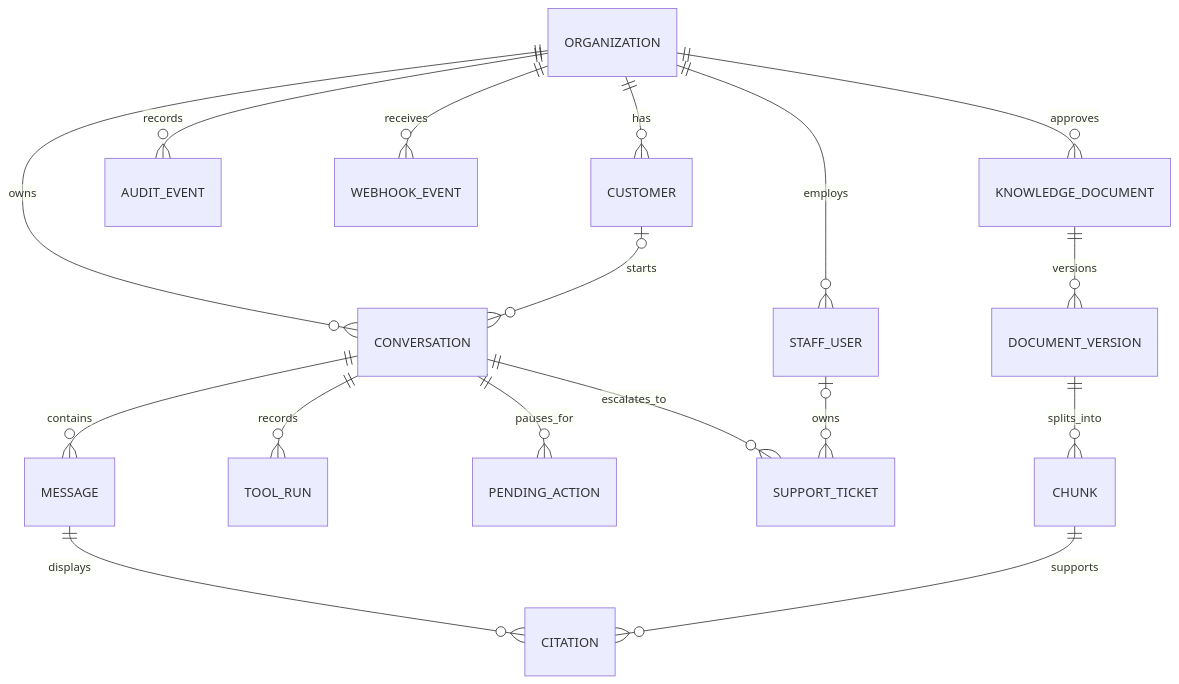
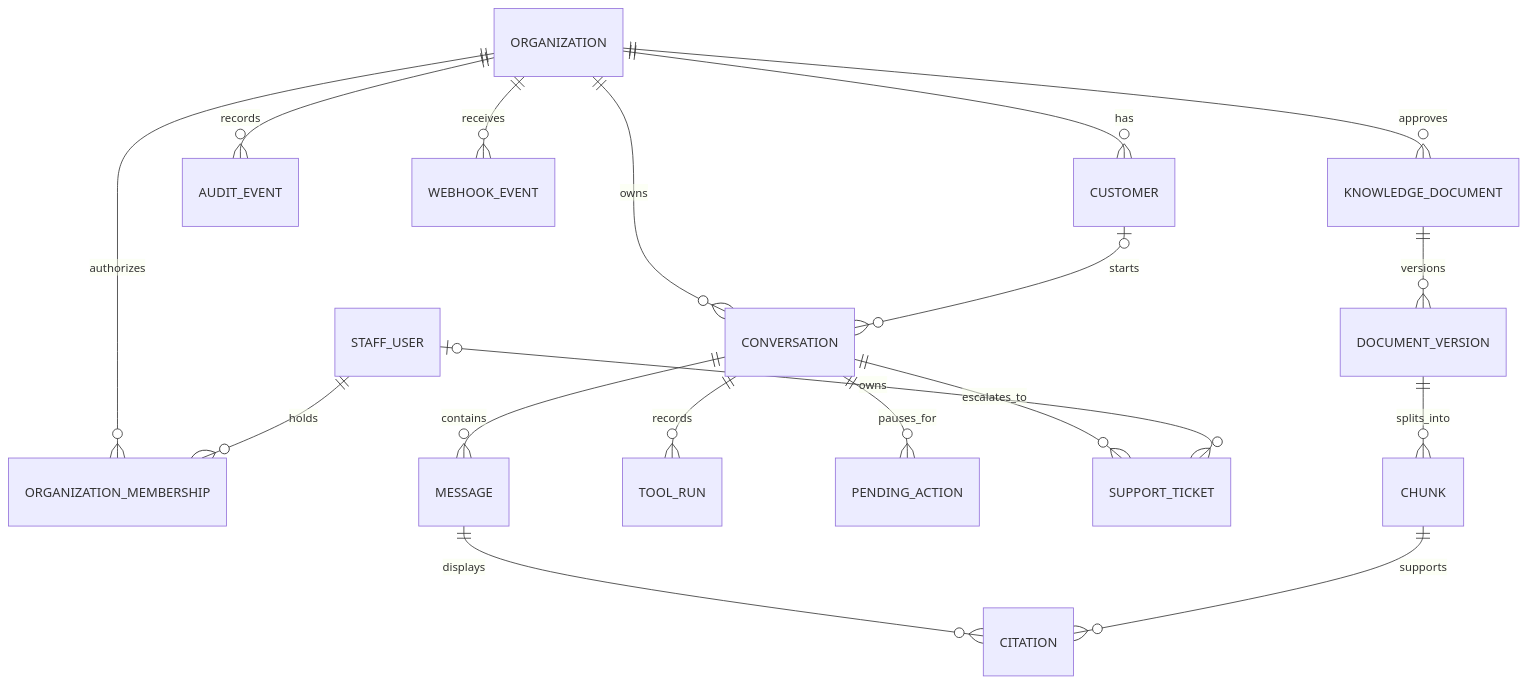
Before and after one commit to medalieli/ai-customer-support-agent: the diagram in docs/DATA_MODEL.md, drawn with Mermaid. The commit also changed other lines of this file and 34 other files, not shown here.

````diff
--- a/docs/DATA_MODEL.md
+++ b/docs/DATA_MODEL.md
@@ -7,19 +7,20 @@
 ```mermaid
 erDiagram
   ORGANIZATION ||--o{ CUSTOMER : has
-  ORGANIZATION ||--o{ STAFF_USER : employs
+  ORGANIZATION ||--o{ ORGANIZATION_MEMBERSHIP : authorizes
+  STAFF_USER ||--o{ ORGANIZATION_MEMBERSHIP : holds
   ORGANIZATION ||--o{ CONVERSATION : owns
   CUSTOMER o|--o{ CONVERSATION : starts
   CONVERSATION ||--o{ MESSAGE : contains
   CONVERSATION ||--o{ TOOL_RUN : records
   CONVERSATION ||--o{ PENDING_ACTION : pauses_for
   CONVERSATION ||--o{ SUPPORT_TICKET : escalates_to
   STAFF_USER o|--o{ SUPPORT_TICKET : owns
   ORGANIZATION ||--o{ AUDIT_EVENT : records
   ORGANIZATION ||--o{ WEBHOOK_EVENT : receives
   ORGANIZATION ||--o{ KNOWLEDGE_DOCUMENT : approves
   KNOWLEDGE_DOCUMENT ||--o{ DOCUMENT_VERSION : versions
   DOCUMENT_VERSION ||--o{ CHUNK : splits_into
   MESSAGE ||--o{ CITATION : displays
   CHUNK ||--o{ CITATION : supports
 ```
````
